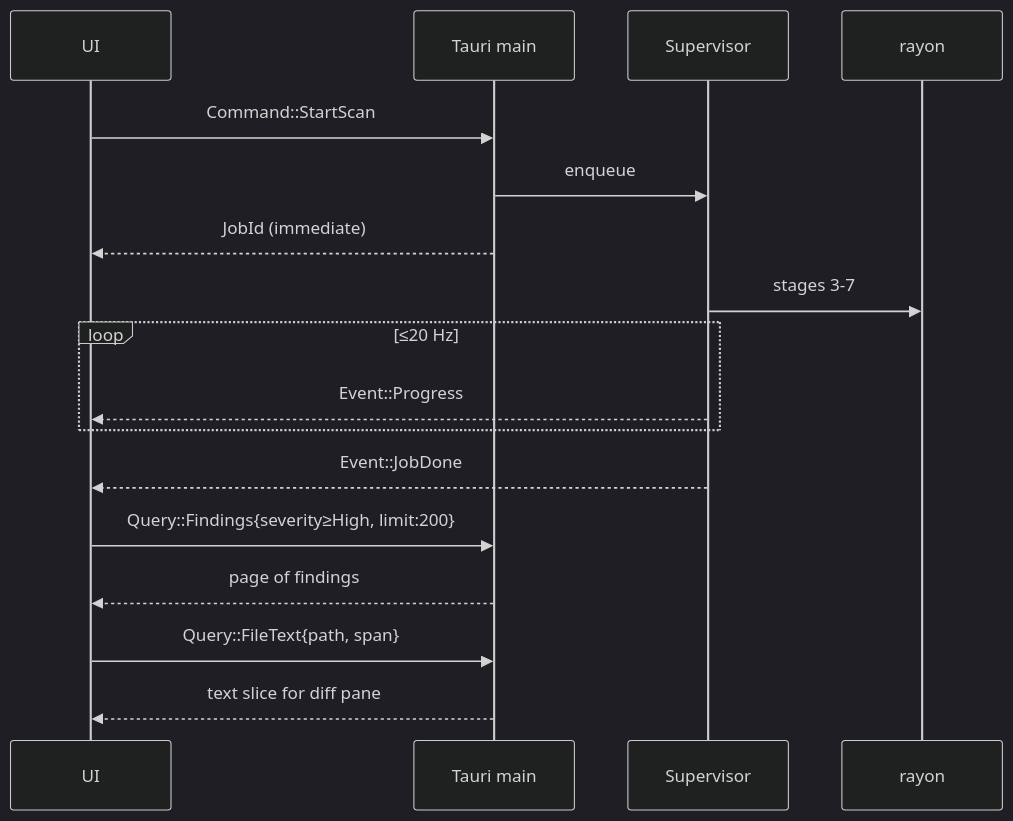
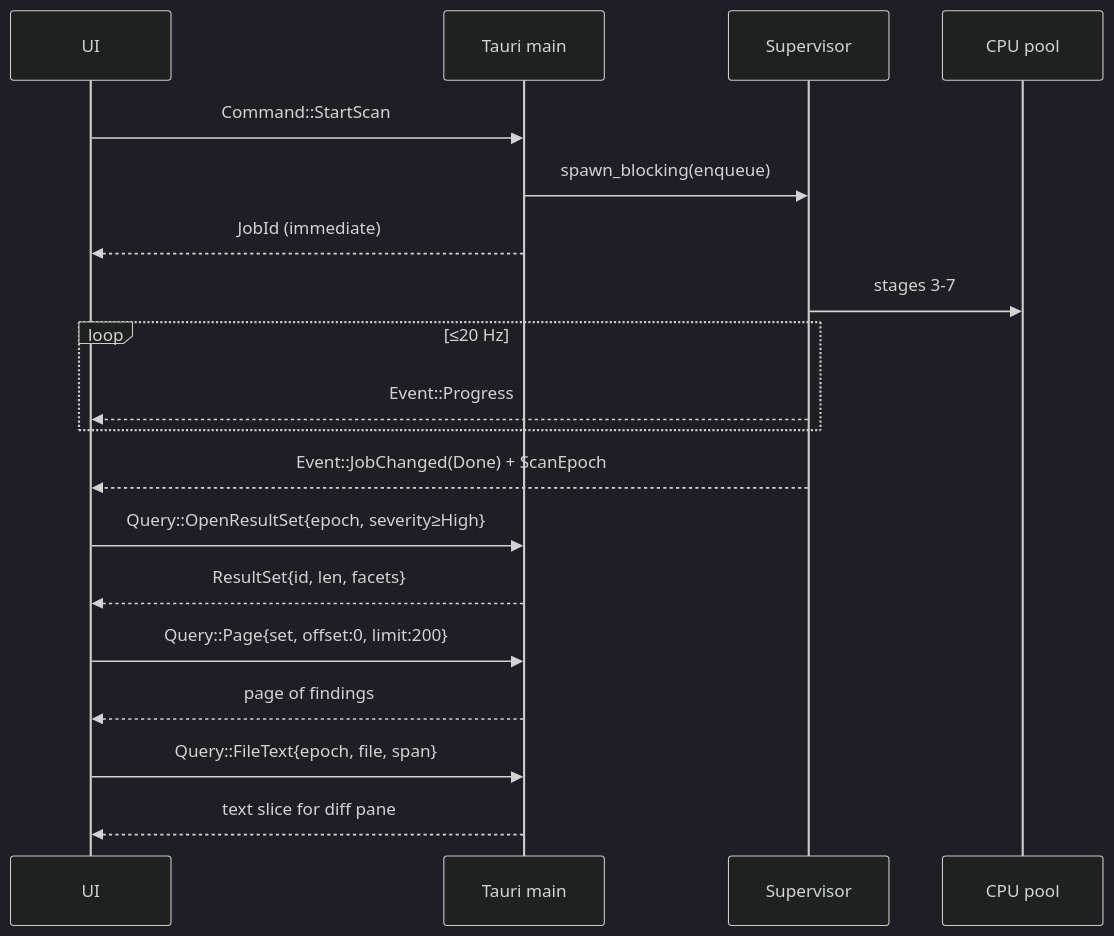
Before and after one commit to BrooklynD23/Mods-Tool-Stellaris: the third of 3 diagrams in docs/architecture/04-process-architecture.md, drawn with Mermaid (dark theme). The commit also changed other lines of this file and 13 other files, not shown here.

````diff
--- a/docs/architecture/04-process-architecture.md
+++ b/docs/architecture/04-process-architecture.md
@@ -158,19 +345,21 @@
 ```mermaid
 sequenceDiagram
     participant UI
     participant Main as Tauri main
     participant Sup as Supervisor
-    participant Pool as rayon
+    participant Pool as CPU pool
     UI->>Main: Command::StartScan
-    Main->>Sup: enqueue
+    Main->>Sup: spawn_blocking(enqueue)
     Main-->>UI: JobId (immediate)
     Sup->>Pool: stages 3-7
     loop ≤20 Hz
         Sup-->>UI: Event::Progress
     end
-    Sup-->>UI: Event::JobDone
-    UI->>Main: Query::Findings{severity≥High, limit:200}
+    Sup-->>UI: Event::JobChanged(Done) + ScanEpoch
+    UI->>Main: Query::OpenResultSet{epoch, severity≥High}
+    Main-->>UI: ResultSet{id, len, facets}
+    UI->>Main: Query::Page{set, offset:0, limit:200}
     Main-->>UI: page of findings
-    UI->>Main: Query::FileText{path, span}
+    UI->>Main: Query::FileText{epoch, file, span}
     Main-->>UI: text slice for diff pane
 ```
````
